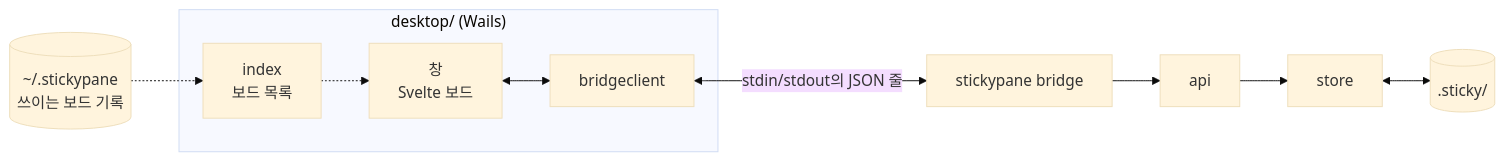
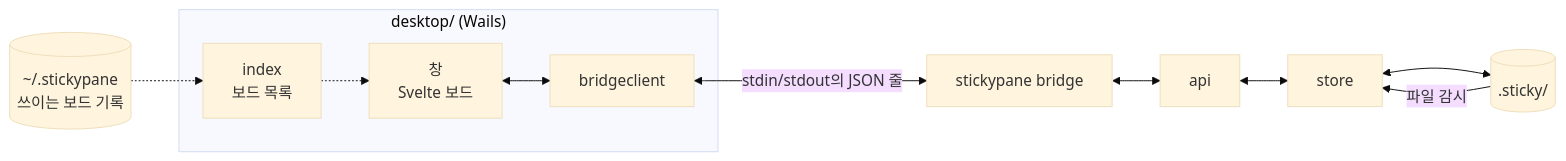
Before and after one commit to LeeSwallow/stickypane: the fourth of 6 diagrams in README.ko.md, drawn with Mermaid (base theme). The commit also changed other lines of this file and 1 other file, not shown here.

````diff
--- a/README.ko.md
+++ b/README.ko.md
@@ -225,15 +226,16 @@
 ```mermaid
 flowchart LR
     subgraph app["desktop/ (Wails)"]
         window["창<br/>Svelte 보드"]
         client["bridgeclient"]
         index["index<br/>보드 목록"]
     end
     window <--> client
     client <-->|"stdin/stdout의 JSON 줄"| bridge["stickypane bridge"]
-    bridge --> api["api"]
-    api --> store["store"]
+    bridge <--> api["api"]
+    api <--> store["store"]
     store <--> files[(".sticky/")]
+    files -->|"파일 감시"| store
     home[("~/.stickypane<br/>쓰이는 보드 기록")] -.-> index
     index -.-> window
 ```
````
